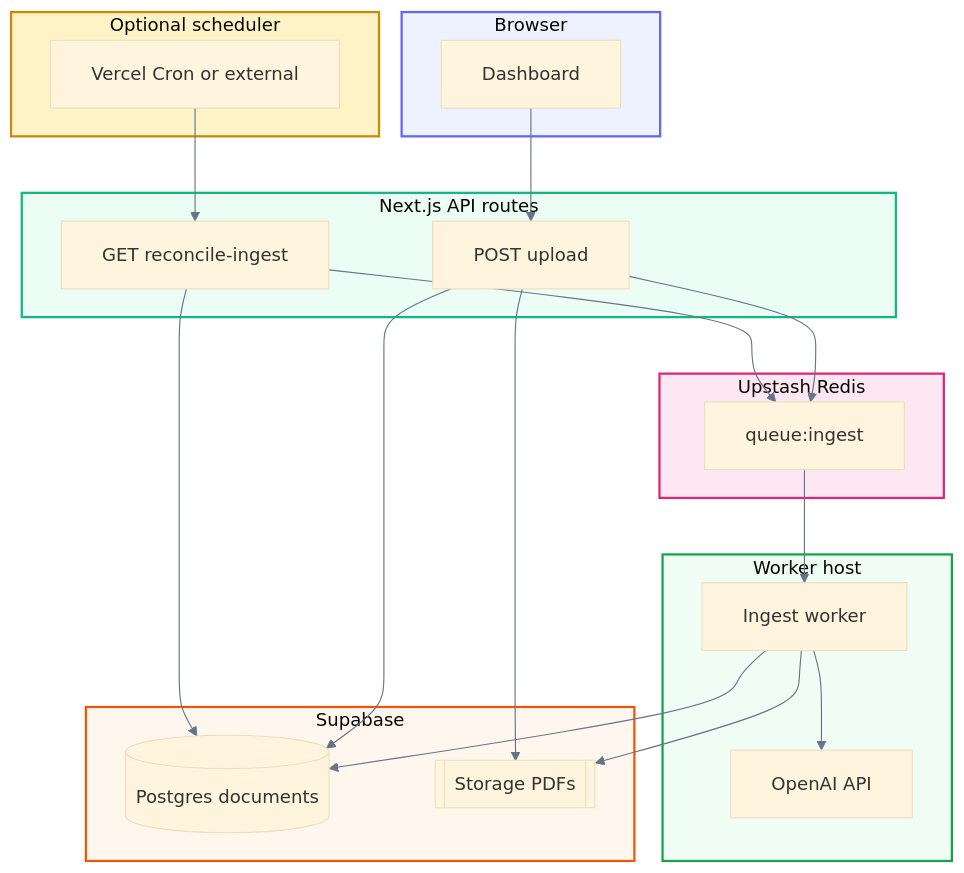
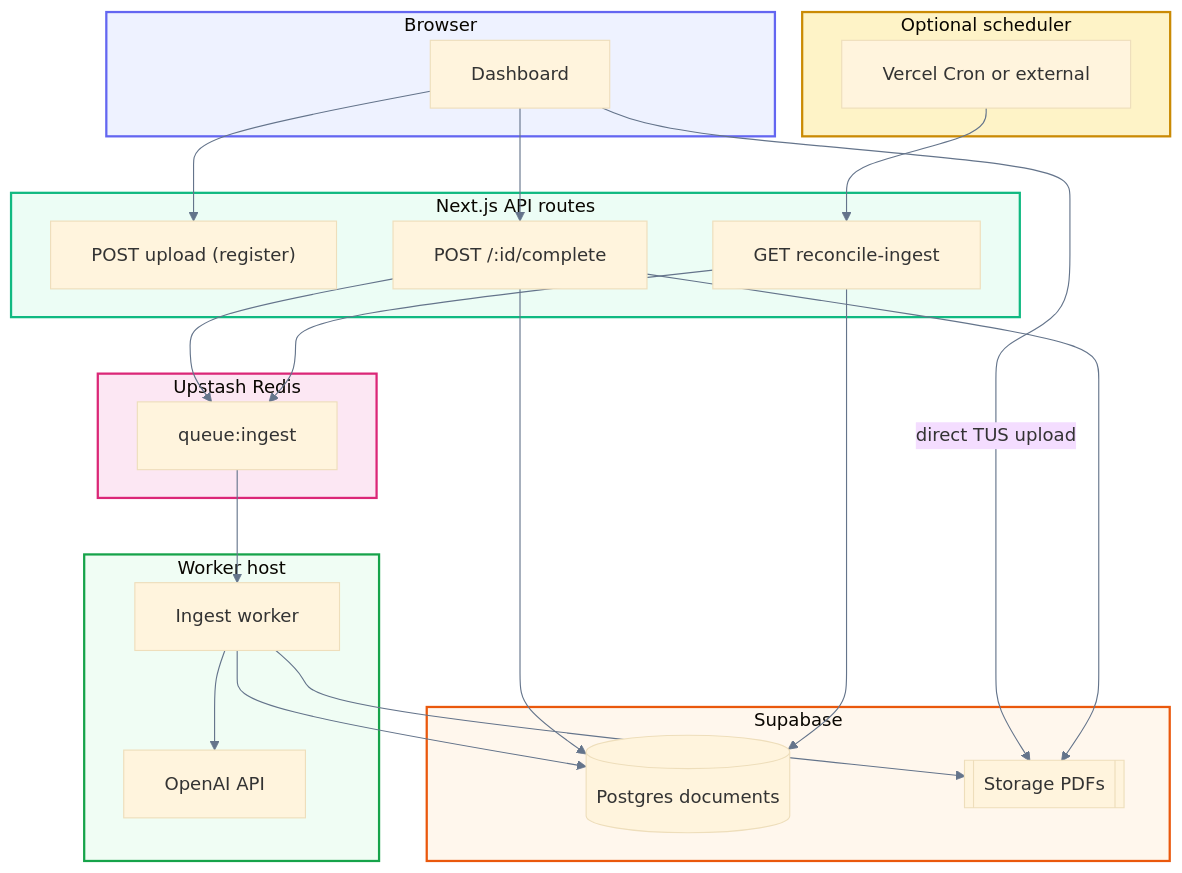
One commit to parmeet1402/ai-workflow-platform changed the diagram in docs/document-ingest-pipeline.md. Above: the diagram before and after it, drawn with Mermaid. The commit also changed other lines of this file and 17 other files, not shown here.

Commit message:
fix: direct-to-Storage resumable uploads with org-scoped RLS, quotas, and chunk truncation

````diff
--- a/docs/document-ingest-pipeline.md
+++ b/docs/document-ingest-pipeline.md
@@ -21,56 +21,59 @@
 ```mermaid
 %%{init: {
   "theme": "base",
   "flowchart": { "curve": "basis", "padding": 18 },
   "themeVariables": {
     "fontFamily": "ui-sans-serif, system-ui, sans-serif",
     "lineColor": "#64748b"
   }
 }}%%
 flowchart TB
   subgraph clientLayer [Browser]
     Dash[Dashboard]
   end
 
   subgraph nextApi [Next.js API routes]
-    Upload[POST upload]
+    Upload["POST upload (register)"]
+    Complete["POST /:id/complete"]
     Reconcile[GET reconcile-ingest]
   end
 
   subgraph scheduler [Optional scheduler]
     CronJob[Vercel Cron or external]
   end
 
   subgraph supa [Supabase]
     PgDocs[(Postgres documents)]
     Storage[[Storage PDFs]]
   end
 
   subgraph upstash [Upstash Redis]
     IngestQueue[queue:ingest]
   end
 
   subgraph workerHost [Worker host]
     IngestWorker[Ingest worker]
     OpenAI[OpenAI API]
   end
 
   Dash --> Upload
-  Upload --> Storage
-  Upload --> PgDocs
-  Upload --> IngestQueue
+  Dash -->|"direct TUS upload"| Storage
+  Dash --> Complete
+  Complete --> Storage
+  Complete --> PgDocs
+  Complete --> IngestQueue
   CronJob --> Reconcile
   Reconcile --> PgDocs
   Reconcile --> IngestQueue
   IngestQueue --> IngestWorker
   IngestWorker --> Storage
   IngestWorker --> PgDocs
   IngestWorker --> OpenAI
 
   style clientLayer fill:#eef2ff,stroke:#6366f1,stroke-width:2px
   style nextApi fill:#ecfdf5,stroke:#10b981,stroke-width:2px
   style scheduler fill:#fef3c7,stroke:#ca8a04,stroke-width:2px
   style supa fill:#fff7ed,stroke:#ea580c,stroke-width:2px
   style upstash fill:#fce7f3,stroke:#db2777,stroke-width:2px
   style workerHost fill:#f0fdf4,stroke:#16a34a,stroke-width:2px
 ```
````
